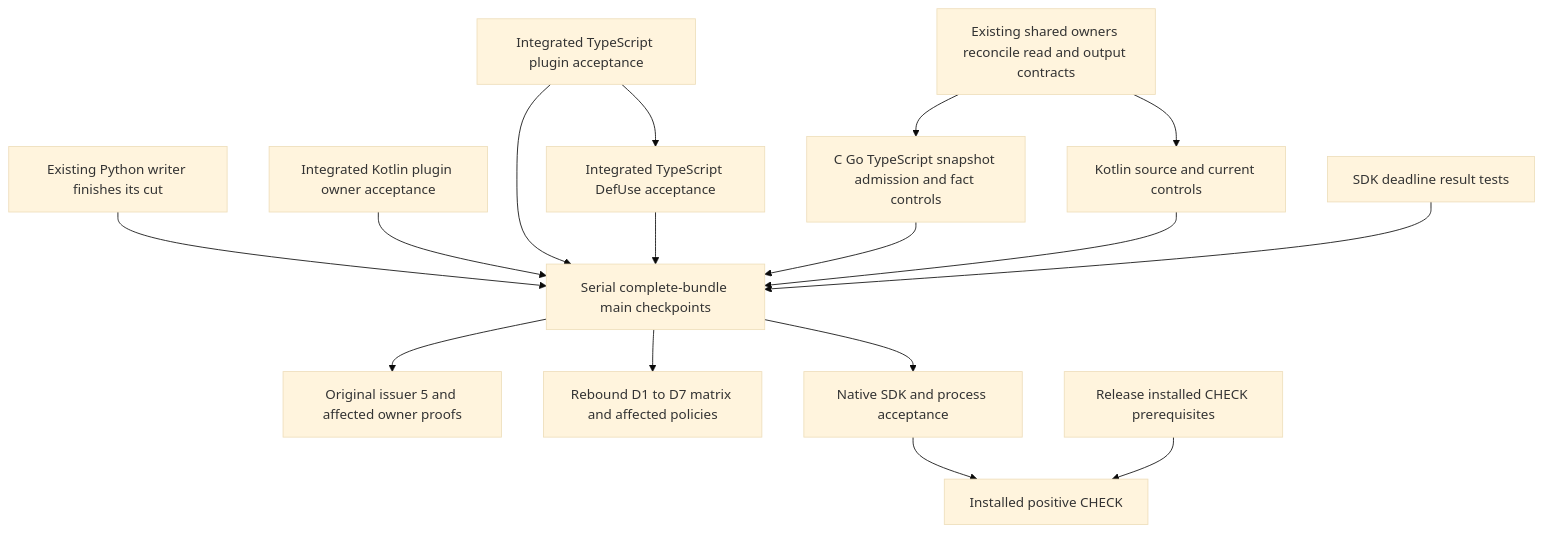
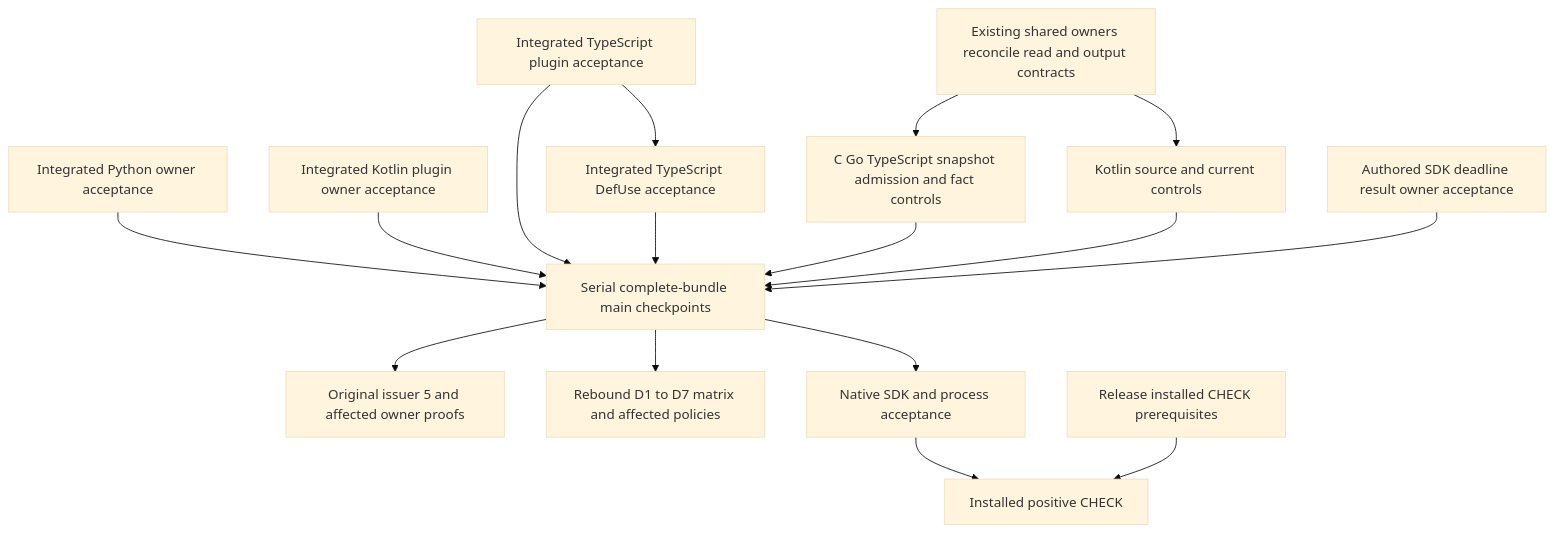
The diagram in docs/plans/oct-6-substrate-dedup/readme.md (josongmin/quanta-gqlang-v2), drawn with Mermaid (base theme) before and after one commit. The commit also changed other lines of this file and 3 other files, not shown here.

````diff
--- a/docs/plans/oct-6-substrate-dedup/readme.md
+++ b/docs/plans/oct-6-substrate-dedup/readme.md
@@ -184,32 +184,32 @@
 ```mermaid
 flowchart TD
     S0[Existing shared owners reconcile read and output contracts]
-    E[Existing Python writer finishes its cut]
+    E[Integrated Python owner acceptance]
     K[Integrated Kotlin plugin owner acceptance]
     T[Integrated TypeScript plugin acceptance]
     D[Integrated TypeScript DefUse acceptance]
     C[C Go TypeScript snapshot admission and fact controls]
     N[Kotlin source and current controls]
-    F[SDK deadline result tests]
+    F[Authored SDK deadline result owner acceptance]
     M[Serial complete-bundle main checkpoints]
     O[Original issuer 5 and affected owner proofs]
     Q[Rebound D1 to D7 matrix and affected policies]
     P[Native SDK and process acceptance]
     I[Release installed CHECK prerequisites]
     L[Installed positive CHECK]
     S0 --> C
     S0 --> N
     E --> M
     K --> M
     T --> M
     D --> M
     C --> M
     N --> M
     F --> M
     T --> D
     M --> O
     M --> Q
     M --> P
     P --> L
     I --> L
 ```
````
